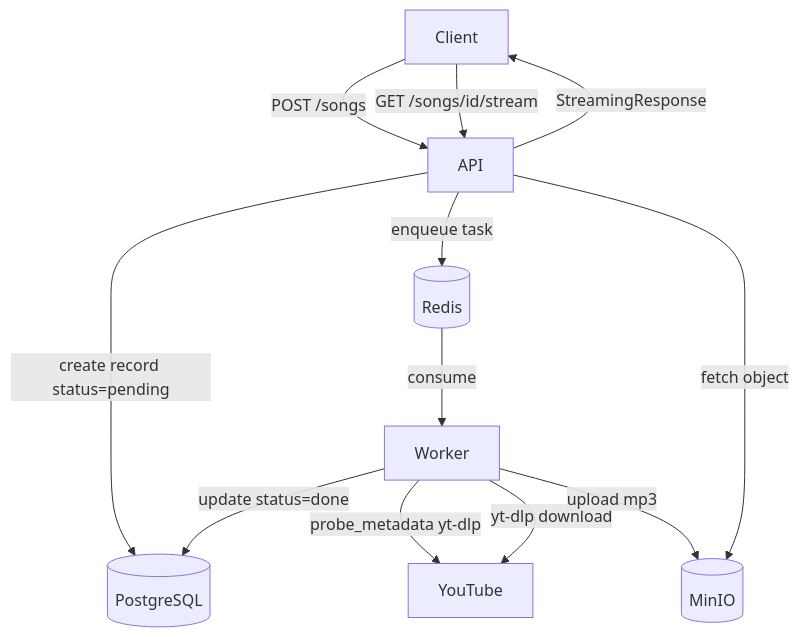
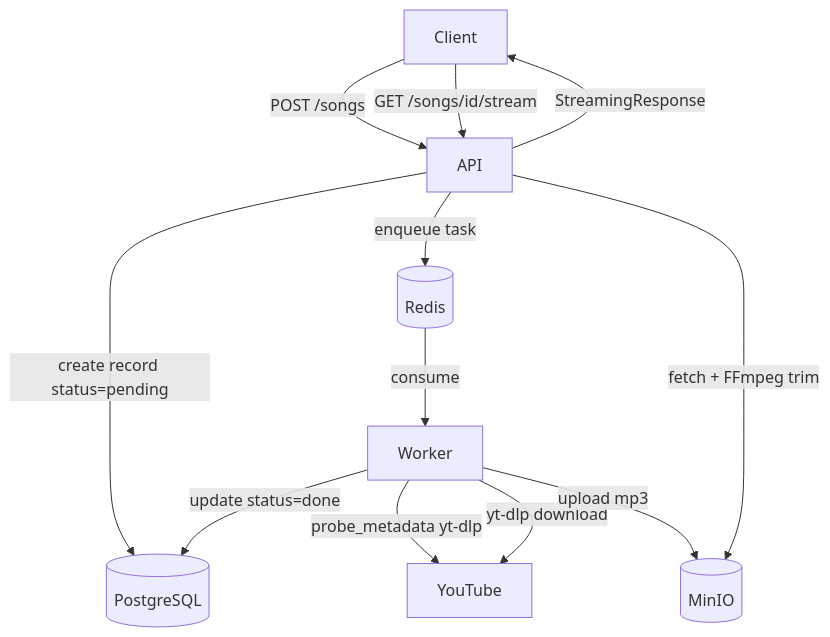
Before and after one commit to KarthikUdyawar/melo: the first of 5 diagrams in README.md, drawn with Mermaid. The commit also changed other lines of this file and 3 other files, not shown here.

````diff
--- a/README.md
+++ b/README.md
@@ -24,14 +24,14 @@
 ```mermaid
 graph TD
     Client -->|POST /songs| API
     API -->|create record status=pending| PG[(PostgreSQL)]
     API -->|enqueue task| Redis[(Redis)]
     Redis -->|consume| Worker
     Worker -->|probe_metadata yt-dlp| YT[YouTube]
     Worker -->|yt-dlp download| YT
     Worker -->|upload mp3| MinIO[(MinIO)]
     Worker -->|update status=done| PG
     Client -->|GET /songs/id/stream| API
-    API -->|fetch object| MinIO
+    API -->|fetch + FFmpeg trim| MinIO
     API -->|StreamingResponse| Client
 ```
````
